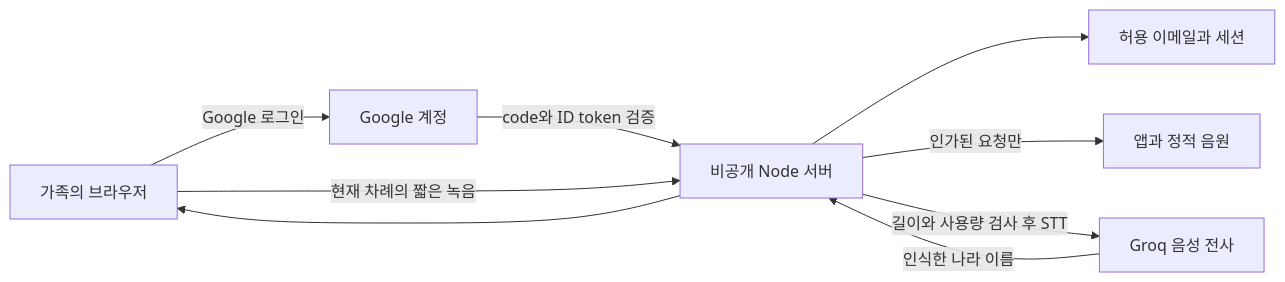
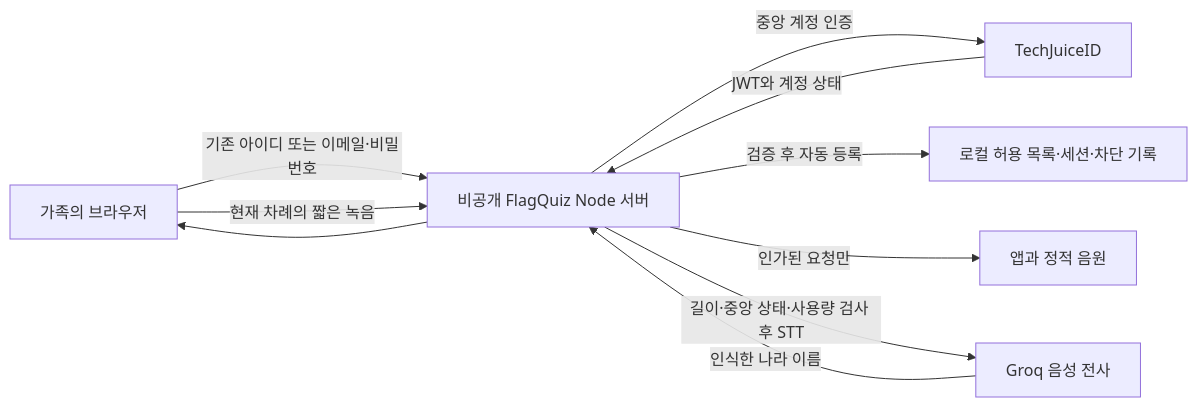
One commit to techjuicelab/FlagQuiz changed the diagram in docs/private-country-chain.md. Above: the diagram before and after it, drawn with Mermaid. The commit also changed other lines of this file and 20 other files, not shown here.

Commit message:
feat(auth): Integrate TechJuice ID and NAS — 통합 계정과 NAS 배포 구성

````diff
--- a/docs/private-country-chain.md
+++ b/docs/private-country-chain.md
@@ -17,11 +17,12 @@
 ```mermaid
 flowchart LR
-  P[가족의 브라우저] -->|Google 로그인| G[Google 계정]
-  G -->|code와 ID token 검증| S[비공개 Node 서버]
-  S --> A[허용 이메일과 세션]
+  P[가족의 브라우저] -->|기존 아이디 또는 이메일·비밀번호| S[비공개 FlagQuiz Node 서버]
+  S -->|중앙 계정 인증| I[TechJuiceID]
+  I -->|JWT와 계정 상태| S
+  S -->|검증 후 자동 등록| A[로컬 허용 목록·세션·차단 기록]
   S -->|인가된 요청만| W[앱과 정적 음원]
   P -->|현재 차례의 짧은 녹음| S
-  S -->|길이와 사용량 검사 후 STT| O[Groq 음성 전사]
-  O -->|인식한 나라 이름| S
+  S -->|길이·중앙 상태·사용량 검사 후 STT| G[Groq 음성 전사]
+  G -->|인식한 나라 이름| S
   S --> P
 ```
````
